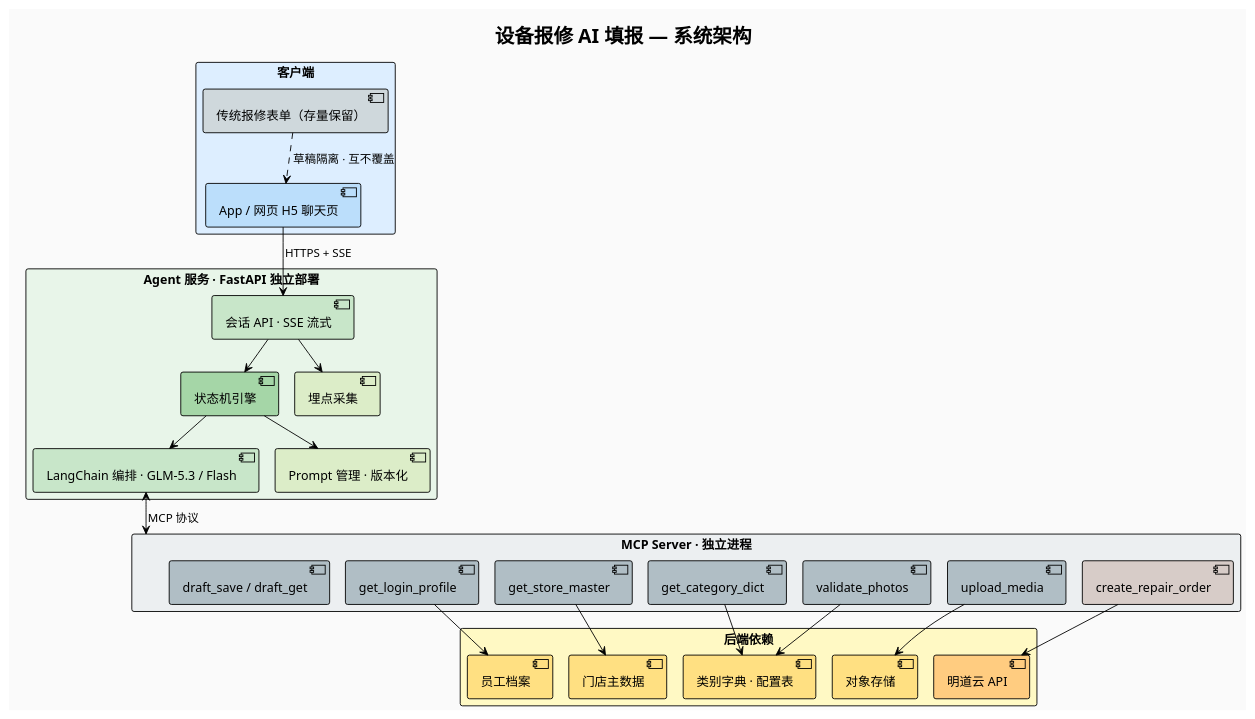
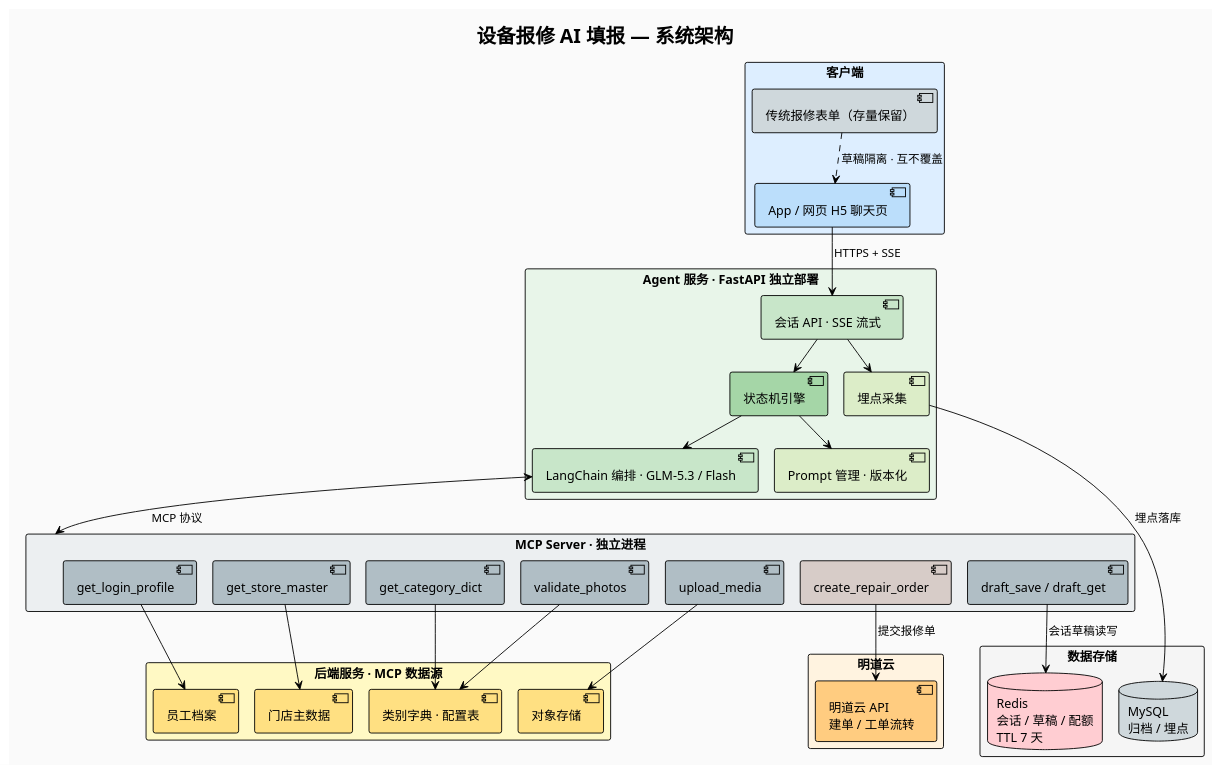
Before and after one commit to bai876939716/my_doc: the diagram in src/main/hotmaxx/需求点/输入优化/plan/cc/系统架构.puml, drawn with PlantUML. The commit also changed 10 other files, not shown here.

```diff
--- a/src/main/hotmaxx/需求点/输入优化/plan/cc/系统架构.puml
+++ b/src/main/hotmaxx/需求点/输入优化/plan/cc/系统架构.puml
@@ -1,54 +1,64 @@
 @startuml 系统架构
 !pragma layout smetana
 !theme plain
 skinparam backgroundColor #FAFAFA
 skinparam defaultFontName "PingFang SC,Microsoft YaHei,Arial"
 
 title 设备报修 AI 填报 — 系统架构
 
 rectangle "客户端" #DDEEFF {
   component "App / 网页 H5 聊天页" as H5 #BBDEFB
   component "传统报修表单（存量保留）" as OLD #CFD8DC
 }
 
 rectangle "Agent 服务 · FastAPI 独立部署" #E8F5E9 {
   component "会话 API · SSE 流式" as API #C8E6C9
   component "状态机引擎" as SM #A5D6A7
   component "LangChain 编排 · GLM-5.3 / Flash" as LC #C8E6C9
   component "Prompt 管理 · 版本化" as PM #DCEDC8
   component "埋点采集" as TR #DCEDC8
 }
 
 rectangle "MCP Server · 独立进程" as MCPG #ECEFF1 {
   component "get_login_profile" as T1 #B0BEC5
   component "get_store_master" as T2 #B0BEC5
   component "get_category_dict" as T3 #B0BEC5
   component "validate_photos" as T4 #B0BEC5
   component "upload_media" as T5 #B0BEC5
   component "create_repair_order" as T6 #D7CCC8
   component "draft_save / draft_get" as T7 #B0BEC5
 }
 
-rectangle "后端依赖" #FFF9C4 {
+rectangle "数据存储" #F5F5F5 {
+  database "Redis\n会话 / 草稿 / 配额\nTTL 7 天" as RD #FFCDD2
+  database "MySQL\n归档 / 埋点" as MY #CFD8DC
+}
+
+rectangle "后端服务 · MCP 数据源" #FFF9C4 {
   component "员工档案" as HR #FFE082
   component "门店主数据" as MDM #FFE082
   component "类别字典 · 配置表" as DICT #FFE082
   component "对象存储" as OSS #FFE082
-  component "明道云 API" as MDY #FFCC80
+}
+
+rectangle "明道云" #FFF3E0 {
+  component "明道云 API\n建单 / 工单流转" as MDY #FFCC80
 }
 
 H5 -down-> API : HTTPS + SSE
 OLD ..> H5 : 草稿隔离 · 互不覆盖
 API --> SM
 SM --> LC
 SM --> PM
 LC <--> MCPG : MCP 协议
 API --> TR
 T1 --> HR
 T2 --> MDM
 T3 --> DICT
 T4 --> DICT
 T5 --> OSS
-T6 --> MDY
+T6 --> MDY : 提交报修单
+T7 --> RD : 会话草稿读写
+TR --> MY : 埋点落库
 
 @enduml
```
